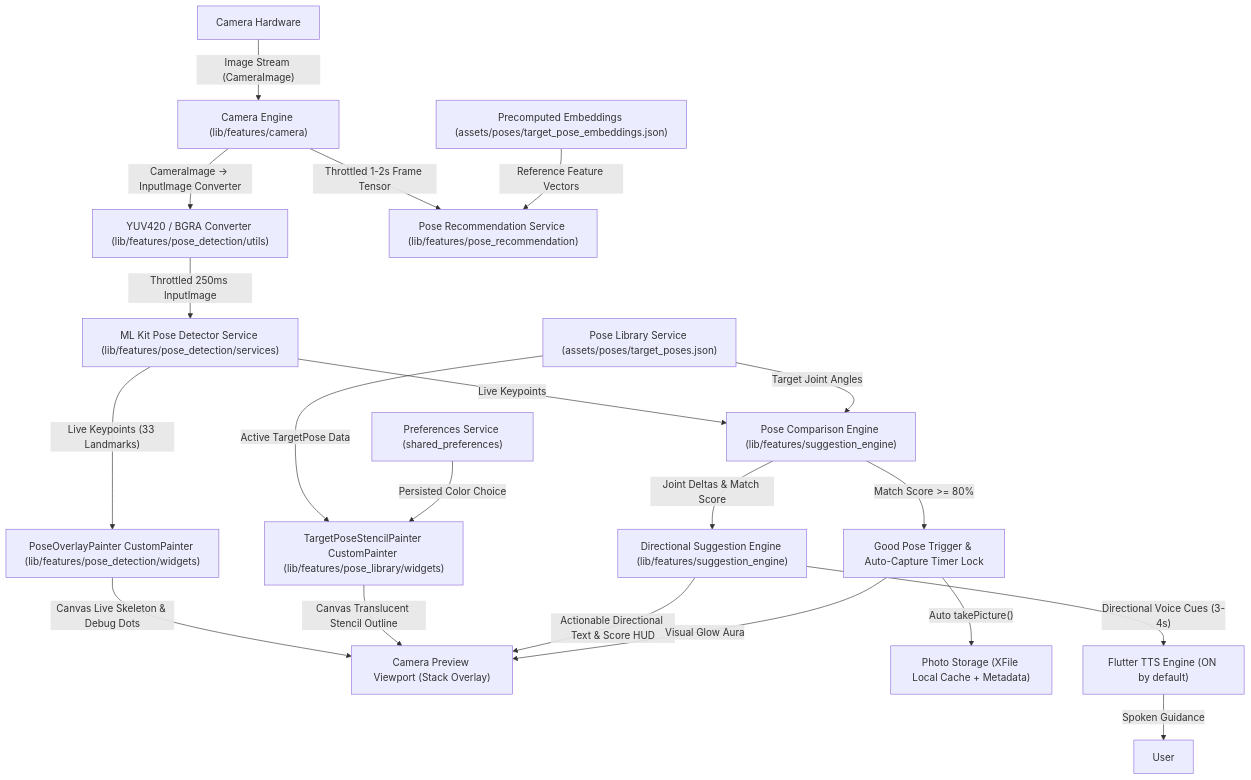
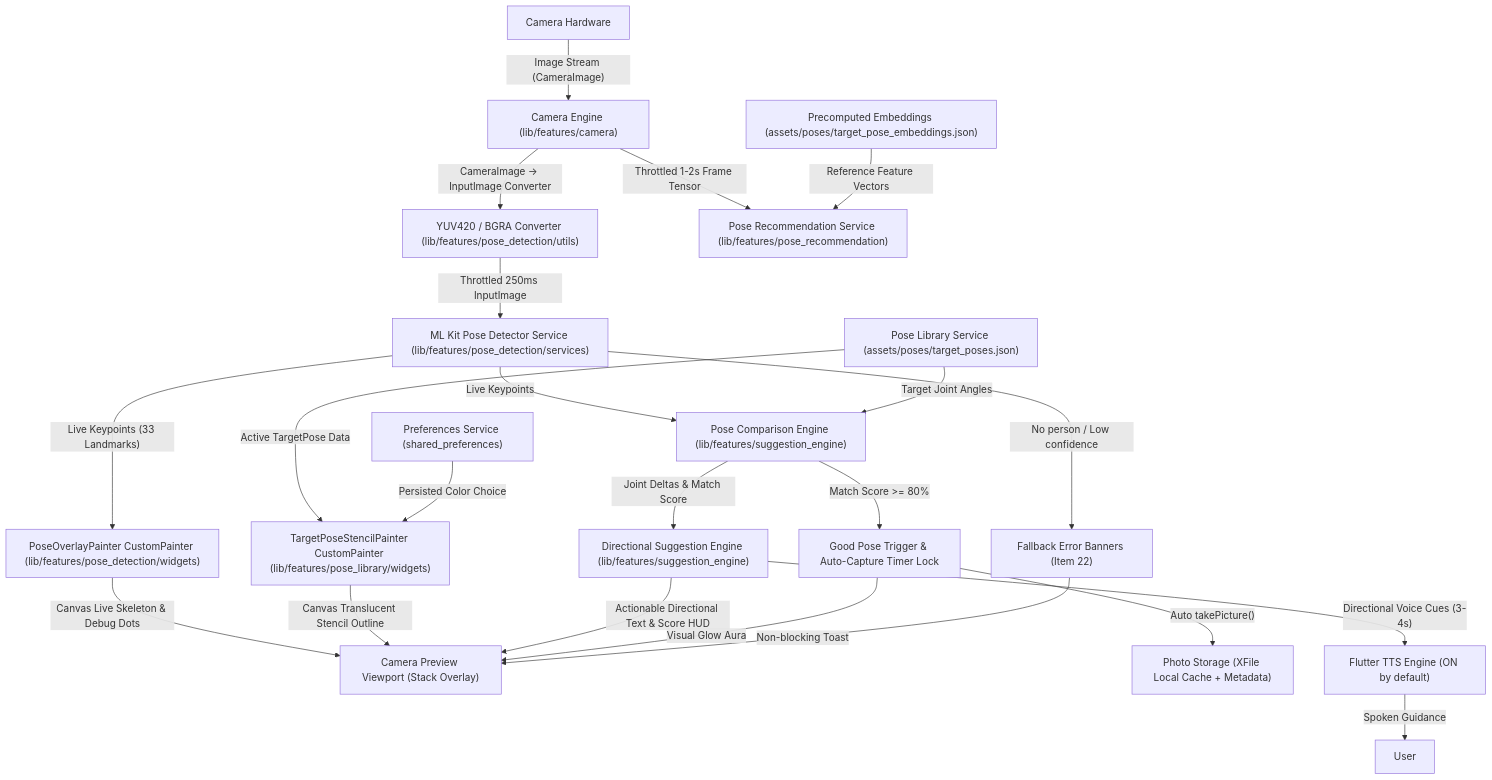
One commit to shubham814026/pose-suggetion changed the diagram in DOCUMENTATION.md. Above: the diagram before and after it, drawn with Mermaid. The commit also changed other lines of this file and 1 other file, not shown here.

Commit message:
Error Handling

````diff
--- a/DOCUMENTATION.md
+++ b/DOCUMENTATION.md
@@ -32,29 +33,32 @@
 ```mermaid
 graph TD
     A["Camera Hardware"] -->|"Image Stream (CameraImage)"| B["Camera Engine (lib/features/camera)"]
     B -->|"CameraImage -> InputImage Converter"| M["YUV420 / BGRA Converter (lib/features/pose_detection/utils)"]
     M -->|"Throttled 250ms InputImage"| C["ML Kit Pose Detector Service (lib/features/pose_detection/services)"]
     
     C -->|"Live Keypoints (33 Landmarks)"| G["PoseOverlayPainter CustomPainter (lib/features/pose_detection/widgets)"]
     G -->|"Canvas Live Skeleton & Debug Dots"| I["Camera Preview Viewport (Stack Overlay)"]
 
     PL["Pose Library Service (assets/poses/target_poses.json)"] -->|"Active TargetPose Data"| ST["TargetPoseStencilPainter CustomPainter (lib/features/pose_library/widgets)"]
     ST -->|"Canvas Translucent Stencil Outline"| I
 
     PS["Preferences Service (shared_preferences)"] -->|"Persisted Color Choice"| ST
 
     B -->|"Throttled 1-2s Frame Tensor"| PR["Pose Recommendation Service (lib/features/pose_recommendation)"]
     EMB["Precomputed Embeddings (assets/poses/target_pose_embeddings.json)"] -->|"Reference Feature Vectors"| PR
 
     C -->|"Live Keypoints"| CE["Pose Comparison Engine (lib/features/suggestion_engine)"]
     PL -->|"Target Joint Angles"| CE
     CE -->|"Joint Deltas & Match Score"| SE["Directional Suggestion Engine (lib/features/suggestion_engine)"]
     SE -->|"Actionable Directional Text & Score HUD"| I
 
     CE -->|"Match Score >= 80%"| GP["Good Pose Trigger & Auto-Capture Timer Lock"]
     GP -->|"Auto takePicture()"| K["Photo Storage (XFile Local Cache + Metadata)"]
     GP -->|Visual Glow Aura| I
 
+    C -->|"No person / Low confidence"| ERR["Fallback Error Banners (Item 22)"]
+    ERR -->|Non-blocking Toast| I
+
     SE -->|"Directional Voice Cues (3-4s)"| H["Flutter TTS Engine (ON by default)"]
     H -->|"Spoken Guidance"| J["User"]
 ```
````
